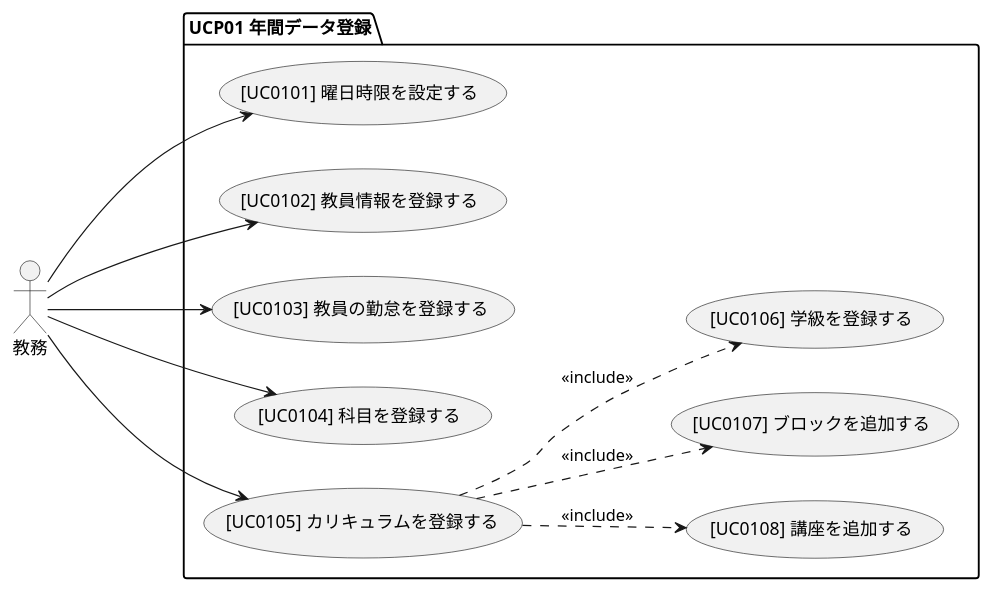
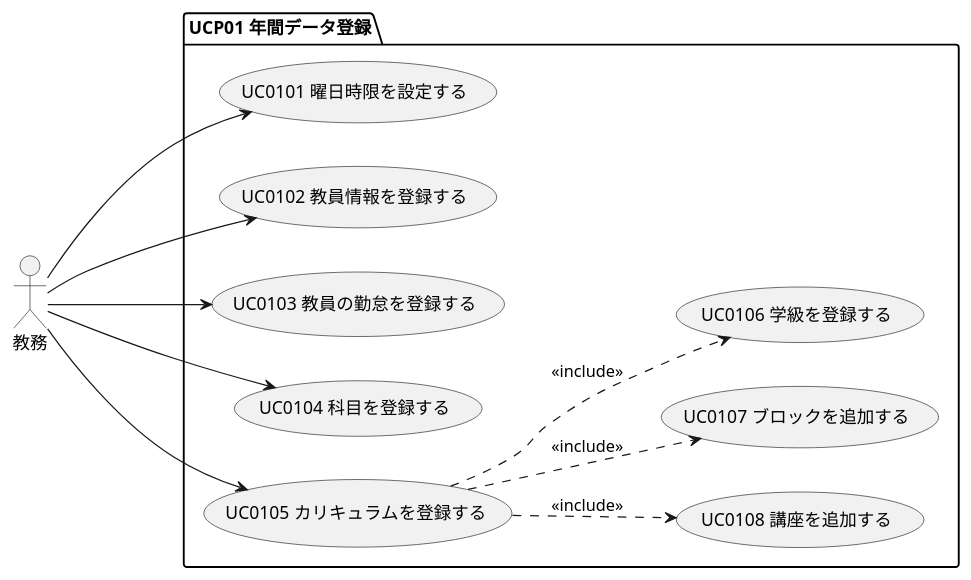
The diagram in docs/03_システム要件定義/01_ユースケース図/UCP01_年間データ登録.pu (takayanag-i/working-in-progress), drawn with PlantUML before and after one commit. The commit also changed 2 other files, not shown here.

Commit message:
[FIX] UC図の括弧削除

```diff
--- a/docs/03_システム要件定義/01_ユースケース図/UCP01_年間データ登録.pu
+++ b/docs/03_システム要件定義/01_ユースケース図/UCP01_年間データ登録.pu
@@ -1,17 +1,17 @@
 @startuml usecase diagram
 left to right direction
 
 actor 教務
 
 package "UCP01 年間データ登録" {
-    教務--->([UC0101] 曜日時限を設定する)
-    教務--->([UC0102] 教員情報を登録する)
-    教務--->([UC0103] 教員の勤怠を登録する)
-    教務--->([UC0104] 科目を登録する)
-    教務--->([UC0105] カリキュラムを登録する)
+    教務--->(UC0101 曜日時限を設定する)
+    教務--->(UC0102 教員情報を登録する)
+    教務--->(UC0103 教員の勤怠を登録する)
+    教務--->(UC0104 科目を登録する)
+    教務--->(UC0105 カリキュラムを登録する)
 
-    ([UC0105] カリキュラムを登録する) ..> ([UC0108] 講座を追加する) : <<include>>
-    ([UC0105] カリキュラムを登録する) ..> ([UC0107] ブロックを追加する) : <<include>>
-    ([UC0105] カリキュラムを登録する) ..> ([UC0106] 学級を登録する) : <<include>>
+    (UC0105 カリキュラムを登録する) ..> (UC0108 講座を追加する) : <<include>>
+    (UC0105 カリキュラムを登録する) ..> (UC0107 ブロックを追加する) : <<include>>
+    (UC0105 カリキュラムを登録する) ..> (UC0106 学級を登録する) : <<include>>
 }
 @enduml
```
